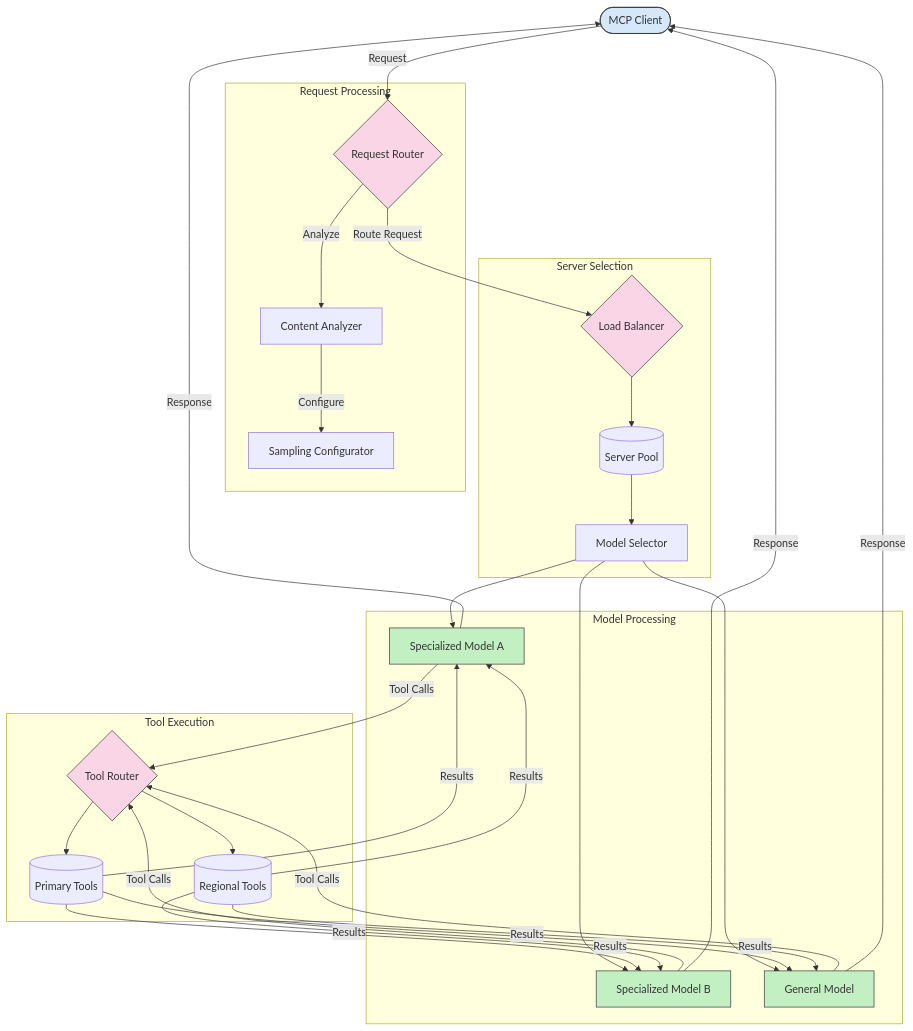
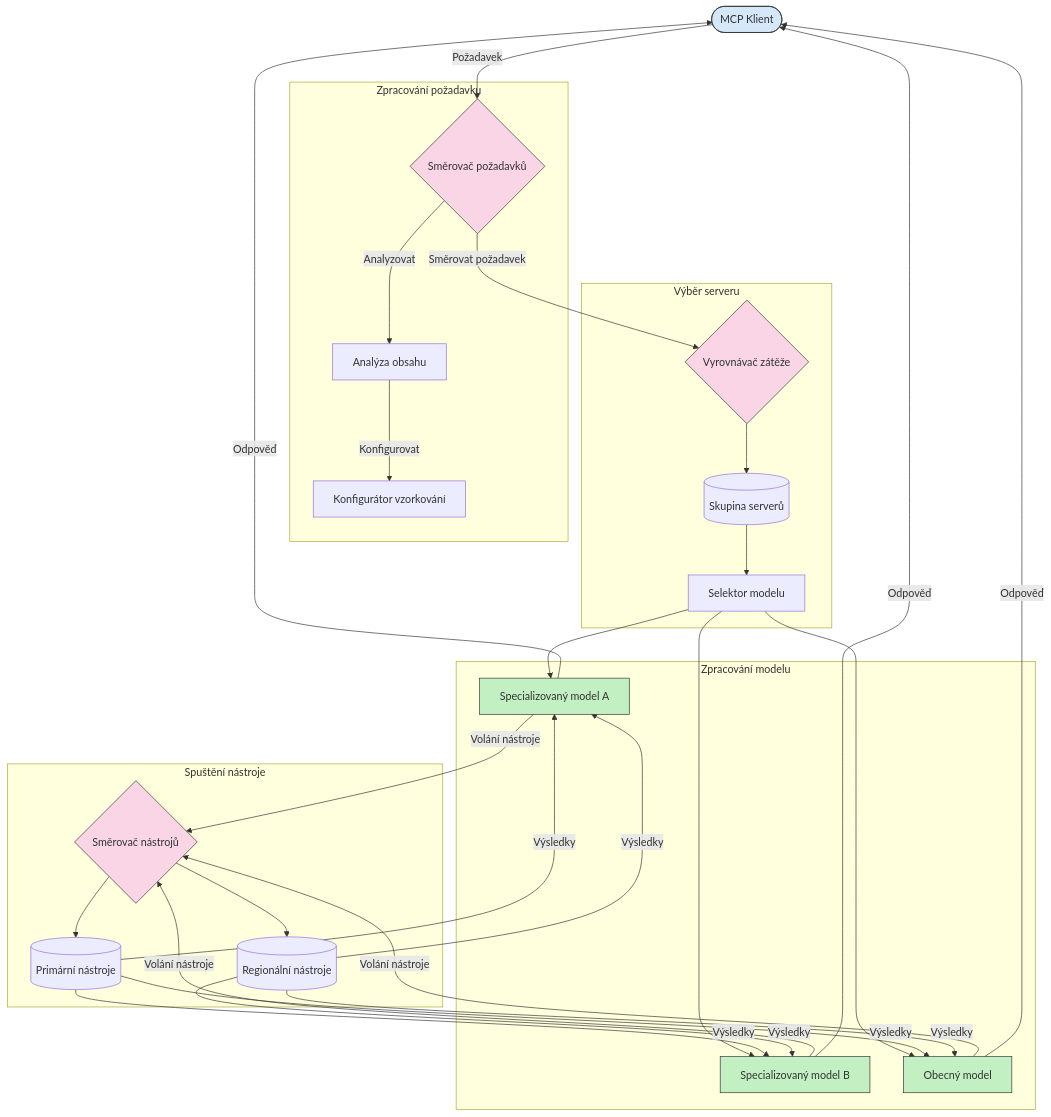
Before and after one commit to HIDORAKAI002/ai-workspace-archive: the diagram in mcp_ecosystem__model_context_protocol/mcp_learning_resources/mcp-for-beginners/translations/cs/05-AdvancedTopics/mcp-routing/README.md, drawn with Mermaid. The commit also changed other lines of this file and 1046 other files, not shown here.

````diff
--- a/mcp_ecosystem__model_context_protocol/mcp_learning_resources/mcp-for-beginners/translations/cs/05-AdvancedTopics/mcp-routing/README.md
+++ b/mcp_ecosystem__model_context_protocol/mcp_learning_resources/mcp-for-beginners/translations/cs/05-AdvancedTopics/mcp-routing/README.md
@@ -15,64 +399,64 @@
 ```mermaid
 flowchart TB
-    Client([MCP Client])
+    Client([MCP Klient])
     
-    subgraph "Request Processing"
-        Router{Request Router}
-        Analyzer[Content Analyzer]
-        Sampler[Sampling Configurator]
+    subgraph "Zpracování požadavku"
+        Router{Směrovač požadavků}
+        Analyzer[Analýza obsahu]
+        Sampler[Konfigurátor vzorkování]
     end
     
-    subgraph "Server Selection"
-        LoadBalancer{Load Balancer}
-        ModelSelector[Model Selector]
-        ServerPool[(Server Pool)]
+    subgraph "Výběr serveru"
+        LoadBalancer{Vyrovnávač zátěže}
+        ModelSelector[Selektor modelu]
+        ServerPool[(Skupina serverů)]
     end
     
-    subgraph "Model Processing"
-        ModelA[Specialized Model A]
-        ModelB[Specialized Model B]
-        ModelC[General Model]
+    subgraph "Zpracování modelu"
+        ModelA[Specializovaný model A]
+        ModelB[Specializovaný model B]
+        ModelC[Obecný model]
     end
     
-    subgraph "Tool Execution"
-        ToolRouter{Tool Router}
-        ToolRegistryA[(Primary Tools)]
-        ToolRegistryB[(Regional Tools)]
+    subgraph "Spuštění nástroje"
+        ToolRouter{Směrovač nástrojů}
+        ToolRegistryA[(Primární nástroje)]
+        ToolRegistryB[(Regionální nástroje)]
     end
     
-    Client -->|Request| Router
-    Router -->|Analyze| Analyzer
-    Analyzer -->|Configure| Sampler
-    Router -->|Route Request| LoadBalancer
+    Client -->|Požadavek| Router
+    Router -->|Analyzovat| Analyzer
+    Analyzer -->|Konfigurovat| Sampler
+    Router -->|Směrovat požadavek| LoadBalancer
     LoadBalancer --> ServerPool
     ServerPool --> ModelSelector
     ModelSelector --> ModelA
     ModelSelector --> ModelB
     ModelSelector --> ModelC
     
-    ModelA -->|Tool Calls| ToolRouter
-    ModelB -->|Tool Calls| ToolRouter
-    ModelC -->|Tool Calls| ToolRouter
+    ModelA -->|Volání nástroje| ToolRouter
+    ModelB -->|Volání nástroje| ToolRouter
+    ModelC -->|Volání nástroje| ToolRouter
     
     ToolRouter --> ToolRegistryA
     ToolRouter --> ToolRegistryB
     
-    ToolRegistryA -->|Results| ModelA
-    ToolRegistryA -->|Results| ModelB
-    ToolRegistryA -->|Results| ModelC
-    ToolRegistryB -->|Results| ModelA
-    ToolRegistryB -->|Results| ModelB
-    ToolRegistryB -->|Results| ModelC
+    ToolRegistryA -->|Výsledky| ModelA
+    ToolRegistryA -->|Výsledky| ModelB
+    ToolRegistryA -->|Výsledky| ModelC
+    ToolRegistryB -->|Výsledky| ModelA
+    ToolRegistryB -->|Výsledky| ModelB
+    ToolRegistryB -->|Výsledky| ModelC
     
-    ModelA -->|Response| Client
-    ModelB -->|Response| Client
-    ModelC -->|Response| Client
+    ModelA -->|Odpověď| Client
+    ModelB -->|Odpověď| Client
+    ModelC -->|Odpověď| Client
     
     style Client fill:#d5e8f9,stroke:#333
     style Router fill:#f9d5e5,stroke:#333
     style LoadBalancer fill:#f9d5e5,stroke:#333
     style ToolRouter fill:#f9d5e5,stroke:#333
     style ModelA fill:#c2f0c2,stroke:#333
     style ModelB fill:#c2f0c2,stroke:#333
     style ModelC fill:#c2f0c2,stroke:#333
 ```
````
